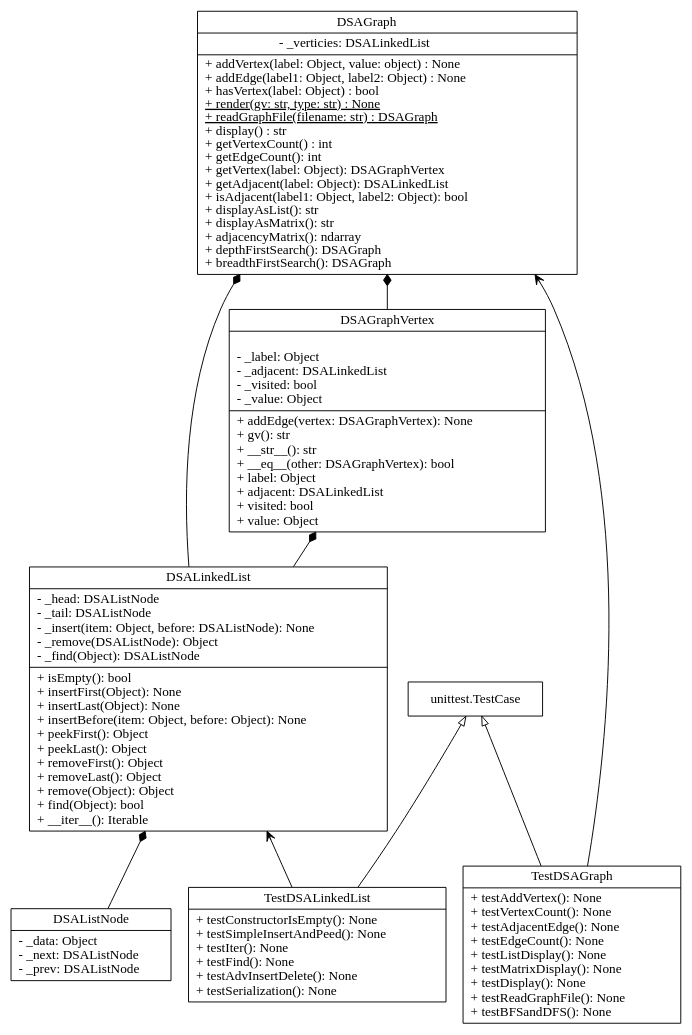
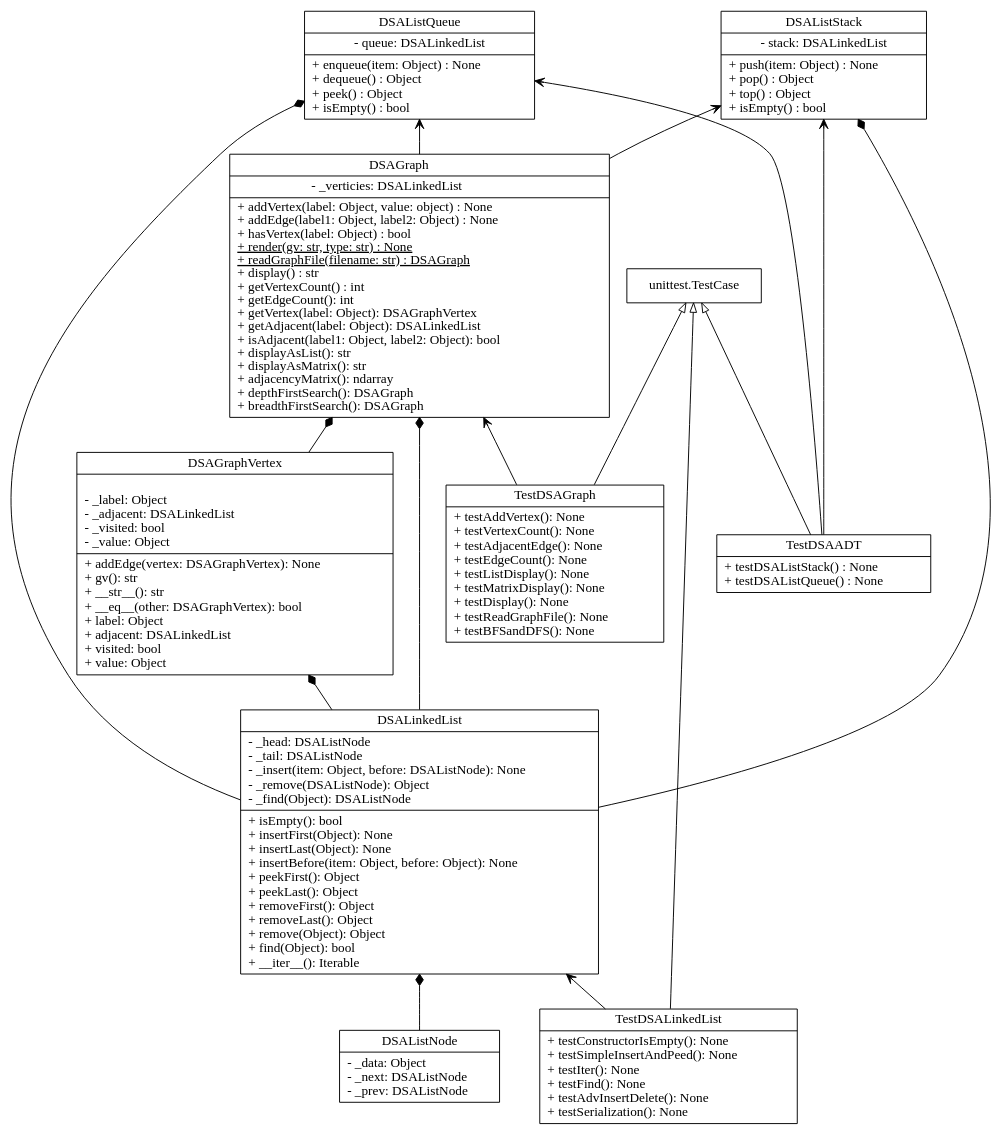
One commit to JakobWyatt/DSA-Tutorials changed the diagram in 5/UML.gv. Above: the diagram before and after it, drawn with Graphviz. The commit also changed 1 other file, not shown here.

Commit message:
added DSAListQueue and DSAListStack to UML diagram

```diff
--- a/5/UML.gv
+++ b/5/UML.gv
@@ -1,90 +1,112 @@
 digraph DSAGraph {
     node [
         shape = "record"
     ]
 
     DSAGraph [
         label = <{DSAGraph
         |- _verticies: DSALinkedList
         <br align="left"/>|+ addVertex(label: Object, value: object) : None
         <br align="left"/>+ addEdge(label1: Object, label2: Object) : None
         <br align="left"/>+ hasVertex(label: Object) : bool
         <br align="left"/><u>+ render(gv: str, type: str) : None</u>
         <br align="left"/><u>+ readGraphFile(filename: str) : DSAGraph</u>
         <br align="left"/>+ display() : str
         <br align="left"/>+ getVertexCount() : int
         <br align="left"/>+ getEdgeCount(): int
         <br align="left"/>+ getVertex(label: Object): DSAGraphVertex
         <br align="left"/>+ getAdjacent(label: Object): DSALinkedList
         <br align="left"/>+ isAdjacent(label1: Object, label2: Object): bool
         <br align="left"/>+ displayAsList(): str
         <br align="left"/>+ displayAsMatrix(): str
         <br align="left"/>+ adjacencyMatrix(): ndarray
         <br align="left"/>+ depthFirstSearch(): DSAGraph
         <br align="left"/>+ breadthFirstSearch(): DSAGraph
         <br align="left"/>}>
     ]
 
     DSAGraphVertex [
         label = "{DSAGraphVertex
         |\l- _label: Object
         \l- _adjacent: DSALinkedList
         \l- _visited: bool
         \l- _value: Object\l
         |+ addEdge(vertex: DSAGraphVertex): None
         \l+ gv(): str
         \l+ __str__(): str
         \l+ __eq__(other: DSAGraphVertex): bool
         \l+ label: Object
         \l+ adjacent: DSALinkedList
         \l+ visited: bool
         \l+ value: Object\l}"
     ]
 
     TestDSAGraph [
         label = "{TestDSAGraph
         |+ testAddVertex(): None
         \l+ testVertexCount(): None
         \l+ testAdjacentEdge(): None
         \l+ testEdgeCount(): None
         \l+ testListDisplay(): None
         \l+ testMatrixDisplay(): None
         \l+ testDisplay(): None
         \l+ testReadGraphFile(): None
         \l+ testBFSandDFS(): None\l}"
     ]
 
     unittestTestCase [
         label = "{unittest.TestCase}"
     ]
 
     DSALinkedList [
         label = "{DSALinkedList|- _head: DSAListNode\l- _tail: DSAListNode\l- _insert(item: Object, before: DSAListNode): None\l- _remove(DSAListNode): Object\l- _find(Object): DSAListNode\l|+ isEmpty(): bool\l+ insertFirst(Object): None\l+ insertLast(Object): None\l+ insertBefore(item: Object, before: Object): None\l+ peekFirst(): Object\l+ peekLast(): Object\l+ removeFirst(): Object\l+ removeLast(): Object\l+ remove(Object): Object\l+ find(Object): bool\l+ __iter__(): Iterable\l}"
     ]
 
     DSAListNode [
         label = "{DSAListNode|- _data: Object\l- _next: DSAListNode\l- _prev: DSAListNode\l}"
     ]
 
     TestDSALinkedList [
         label = "{TestDSALinkedList|+ testConstructorIsEmpty(): None\l+ testSimpleInsertAndPeed(): None\l+ testIter(): None\l+ testFind(): None\l+ testAdvInsertDelete(): None\l+ testSerialization(): None\l}"
     ]
     edge [
         arrowhead = "diamond"
     ]
     DSAListNode -> DSALinkedList
     TestDSALinkedList -> DSALinkedList [arrowhead = "vee"]
     edge [
         arrowhead = "empty"
     ]
     TestDSALinkedList -> unittestTestCase
 
+    DSAListStack [
+                label = "{DSAListStack|- stack: DSALinkedList|+ push(item: Object) : None\l+ pop() : Object\l+ top() : Object\l+ isEmpty() : bool\l}"
+        ]
+
+    DSAListQueue [
+                label = "{DSAListQueue|- queue: DSALinkedList|+ enqueue(item: Object) : None\l+ dequeue() : Object\l+ peek() : Object\l+ isEmpty() : bool\l}"
+        ]
+
+    TestDSAADT [
+                label = "{TestDSAADT|+ testDSAListStack() : None\l+ testDSAListQueue() : None\l}"
+        ]
+
+    TestDSAADT -> unittestTestCase [arrowhead = "onormal"]
+    TestDSAADT -> DSAListQueue [arrowhead = "vee"]
+    TestDSAADT -> DSAListStack [arrowhead = "vee"]
+    DSAGraph -> DSAListQueue [arrowhead = "vee"]
+    DSAGraph -> DSAListStack [arrowhead = "vee"]
+
+
     TestDSAGraph -> DSAGraph [arrowhead = "vee"]
     DSAGraphVertex -> DSAGraph [arrowhead = "diamond"]
     TestDSAGraph -> unittestTestCase [arrowhead = "onormal"]
+    
 
     DSALinkedList -> DSAGraph [arrowhead = "diamond"]
     DSALinkedList -> DSAGraphVertex [arrowhead = "diamond"]
+    DSALinkedList -> DSAListStack [arrowhead = "diamond"]
+    DSALinkedList -> DSAListQueue [arrowhead = "diamond"]
 
     rankdir=BT
 }
```
